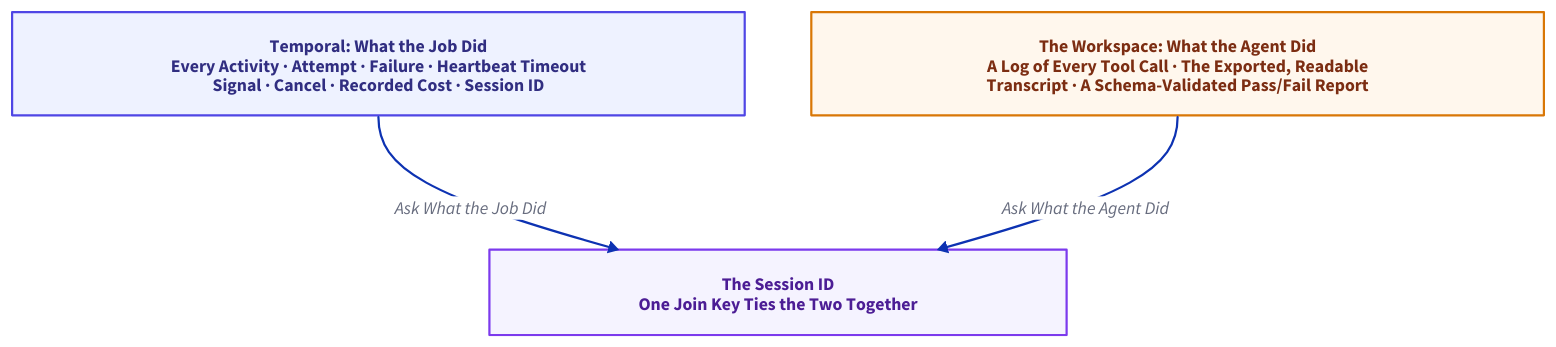
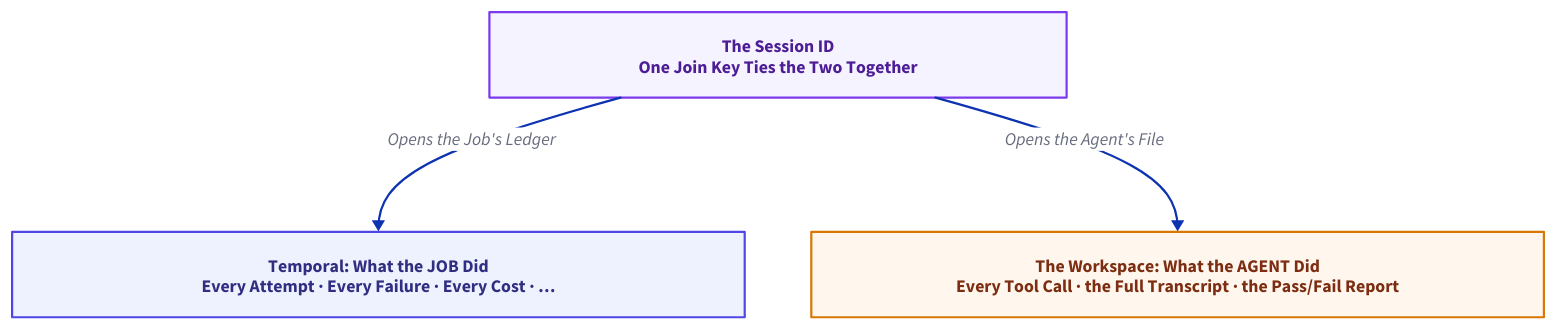
One commit to thumarrushik/crash-proof-team-of-coding-agents changed the diagram in assets/diagram-src/governance.d2. Above: the diagram before and after it, drawn with D2. The commit also changed 45 other files, not shown here.

```diff
--- a/assets/diagram-src/governance.d2
+++ b/assets/diagram-src/governance.d2
@@ -1,20 +1,20 @@
 # Governance: two planes of evidence, joined on the session id.
 # Two wide records on top, one join key below.
 direction: down
 vertical-gap: 85
 
-temporal: "Temporal: What the Job Did\nEvery Activity · Attempt · Failure · Heartbeat Timeout\nSignal · Cancel · Recorded Cost · Session ID" {
+temporal: "Temporal: What the JOB Did\nEvery Attempt · Every Failure · Every Cost · …" {
   width: 660
   style: {fill: "#eef2ff"; stroke: "#4f46e5"; font-color: "#312e81"; bold: true}
 }
-workspace: "The Workspace: What the Agent Did\nA Log of Every Tool Call · The Exported, Readable\nTranscript · A Schema-Validated Pass/Fail Report" {
+workspace: "The Workspace: What the AGENT Did\nEvery Tool Call · the Full Transcript · the Pass/Fail Report" {
   width: 660
   style: {fill: "#fff7ed"; stroke: "#d97706"; font-color: "#7c2d12"; bold: true}
 }
 key: "The Session ID\nOne Join Key Ties the Two Together" {
   width: 520
   style: {fill: "#f5f3ff"; stroke: "#7c3aed"; font-color: "#4c1d95"; bold: true}
 }
 
-temporal -> key: "Ask What the Job Did"
-workspace -> key: "Ask What the Agent Did"
+key -> temporal: "Opens the Job's Ledger"
+key -> workspace: "Opens the Agent's File"
```
